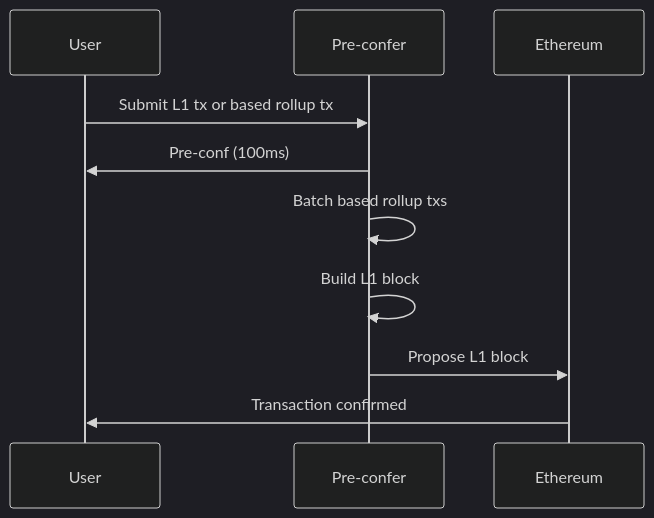
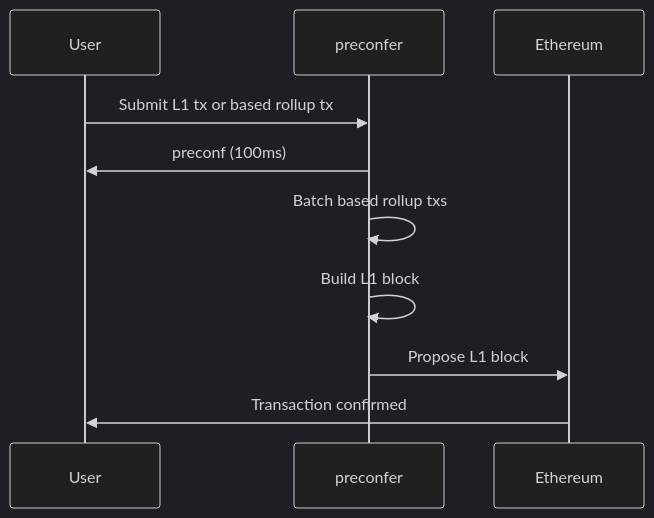
The second of 2 diagrams in l1-contracts/docs/overview.md (PufferFinance/UniFi), drawn with Mermaid (dark theme) before and after one commit. The commit also changed other lines of this file and 3 other files, not shown here.

Commit message:
Add an sequence diagrams and updated system interactions diagram to architecture page

````diff
--- a/l1-contracts/docs/overview.md
+++ b/l1-contracts/docs/overview.md
@@ -62,13 +62,13 @@
 ```mermaid
 sequenceDiagram
     participant User
-    participant Pre-confer
+    participant preconfer
     participant Ethereum
 
-    User->>Pre-confer: Submit L1 tx or based rollup tx
-    Pre-confer->>User: Pre-conf (100ms)
-    Pre-confer->>Pre-confer: Batch based rollup txs
-    Pre-confer->>Pre-confer: Build L1 block
-    Pre-confer->>Ethereum: Propose L1 block
+    User->>preconfer: Submit L1 tx or based rollup tx
+    preconfer->>User: preconf (100ms)
+    preconfer->>preconfer: Batch based rollup txs
+    preconfer->>preconfer: Build L1 block
+    preconfer->>Ethereum: Propose L1 block
     Ethereum->>User: Transaction confirmed
 ```
````
